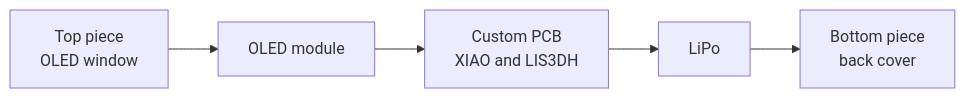
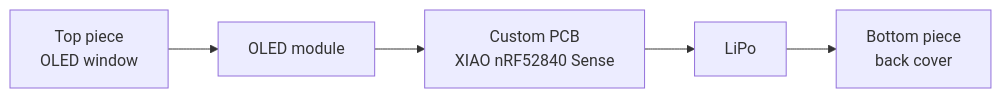
One commit to hronkrobotics/solareyes changed the second of 5 diagrams in README.md. Above: the diagram before and after it, drawn with Mermaid. The commit also changed other lines of this file and 6 other files, not shown here.

First line of the commit message:
Port the firmware to the XIAO nRF52840 Sense

````diff
--- a/README.md
+++ b/README.md
@@ -107,7 +104,7 @@
 ```mermaid
 flowchart LR
     A["Top piece<br/>OLED window"] --> B["OLED module"]
-    B --> C["Custom PCB<br/>XIAO and LIS3DH"]
+    B --> C["Custom PCB<br/>XIAO nRF52840 Sense"]
     C --> D["LiPo"]
     D --> E["Bottom piece<br/>back cover"]
 ```
````
